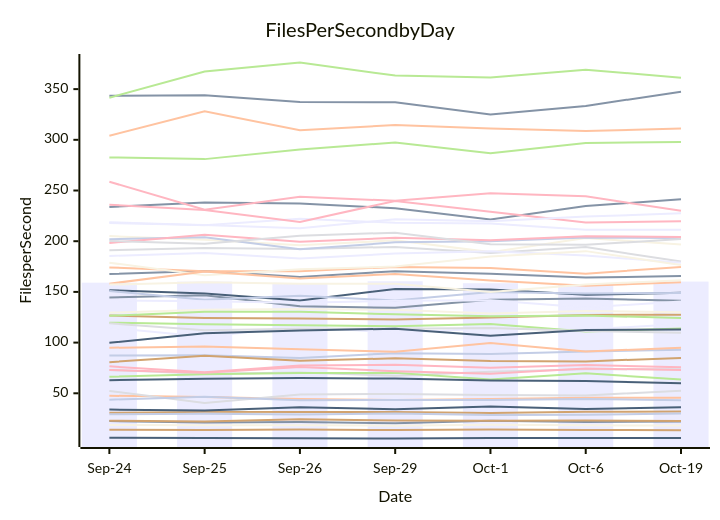
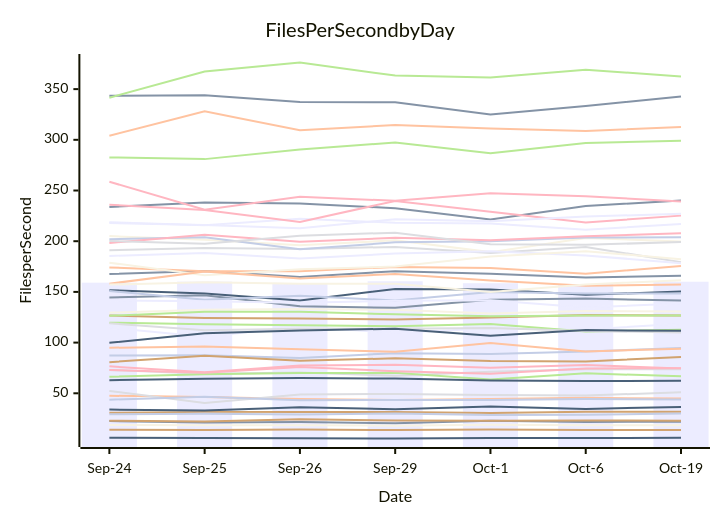
One commit to streetsidesoftware/cspell changed the diagram in perf-report.md. Above: the diagram before and after it, drawn with Mermaid. The commit also changed other lines of this file and 1 other file, not shown here.

````diff
--- a/perf-report.md
+++ b/perf-report.md
@@ -10,57 +10,57 @@
 ```mermaid
 xychart-beta
     title Files Per Second by Day
     y-axis Files per Second
     x-axis Date [Sep-24, Sep-25, Sep-26, Sep-29, Oct-1, Oct-6, Oct-19]
-    bar [159.12, 160.20, 158.85, 160.46, 158.54, 157.78, 160.18]
-    line [167.61, 170.71, 164.68, 170.44, 168.02, 164.09, 165.62]
-    line [47.56, 46.43, 44.28, 43.43, 44.41, 45.48, 45.71]
-    line [52.29, 40.48, 48.89, 49.28, 48.37, 47.88, 52.51]
-    line [282.67, 280.96, 290.36, 297.31, 286.74, 296.93, 297.73]
-    line [14.04, 13.83, 14.23, 13.74, 14.24, 13.86, 13.50]
-    line [43.68, 46.57, 43.13, 43.45, 43.36, 44.34, 43.18]
-    line [76.56, 70.74, 77.36, 78.18, 75.07, 77.78, 75.64]
-    line [6.07, 5.98, 5.68, 5.41, 5.92, 6.00, 5.98]
-    line [205.02, 201.39, 195.94, 200.94, 189.24, 203.08, 196.69]
-    line [114.76, 105.80, 115.76, 109.67, 113.99, 112.94, 118.40]
-    line [22.62, 21.27, 21.60, 20.47, 22.93, 21.69, 22.07]
-    line [174.18, 170.43, 170.45, 174.63, 173.65, 167.92, 174.65]
-    line [73.00, 69.32, 70.55, 67.39, 71.27, 73.77, 73.70]
-    line [66.34, 68.88, 70.01, 70.14, 63.55, 69.72, 63.63]
-    line [30.72, 31.67, 31.52, 31.59, 30.62, 31.79, 32.02]
-    line [87.21, 87.42, 84.85, 89.53, 88.83, 91.13, 92.96]
-    line [73.03, 70.23, 75.87, 71.80, 69.38, 74.54, 72.89]
-    line [62.91, 64.44, 65.18, 64.56, 62.65, 62.01, 60.01]
-    line [18.78, 18.52, 18.42, 18.07, 18.99, 18.38, 18.14]
-    line [218.68, 215.66, 222.06, 218.14, 217.51, 211.32, 211.34]
-    line [343.35, 343.97, 337.30, 337.13, 324.92, 333.43, 347.50]
-    line [304.00, 328.11, 309.34, 314.63, 311.05, 308.73, 311.09]
-    line [190.99, 193.37, 192.37, 194.39, 188.26, 194.31, 179.88]
-    line [119.64, 118.05, 116.99, 116.24, 118.39, 111.00, 113.90]
-    line [126.63, 124.32, 123.86, 122.76, 124.85, 127.28, 127.46]
-    line [202.02, 203.87, 192.01, 198.88, 199.85, 203.55, 203.08]
-    line [198.18, 206.47, 199.39, 203.39, 200.83, 204.79, 204.21]
-    line [33.90, 33.12, 36.15, 34.22, 37.04, 34.53, 36.32]
-    line [129.51, 132.51, 133.16, 132.31, 128.76, 131.24, 130.05]
-    line [185.48, 188.32, 183.01, 187.77, 190.16, 185.98, 178.65]
-    line [233.86, 238.09, 237.21, 232.50, 221.42, 234.66, 241.28]
-    line [94.92, 96.04, 93.49, 90.93, 99.59, 91.34, 94.82]
-    line [200.29, 197.49, 205.32, 208.45, 197.08, 196.39, 202.07]
-    line [126.43, 130.53, 130.33, 127.99, 125.90, 126.66, 124.28]
-    line [23.00, 22.21, 24.38, 23.05, 22.85, 23.16, 22.72]
-    line [29.23, 29.70, 28.98, 30.17, 28.67, 28.81, 30.15]
-    line [235.99, 230.67, 219.04, 239.66, 229.06, 218.48, 219.68]
-    line [151.64, 148.32, 141.41, 152.96, 152.29, 147.14, 149.14]
-    line [178.77, 166.50, 172.24, 175.00, 184.88, 190.21, 176.60]
-    line [217.97, 216.10, 212.71, 221.60, 219.58, 224.28, 227.49]
-    line [144.39, 146.81, 135.80, 134.31, 142.24, 143.38, 141.22]
-    line [158.06, 170.07, 163.11, 167.69, 161.21, 156.12, 159.54]
-    line [119.04, 112.27, 113.64, 113.59, 114.39, 111.42, 109.67]
-    line [341.57, 367.34, 376.26, 363.37, 361.56, 369.11, 361.25]
-    line [80.71, 87.03, 82.08, 84.54, 81.78, 81.41, 84.92]
-    line [151.00, 142.17, 146.26, 141.54, 150.02, 148.37, 148.83]
-    line [258.60, 231.14, 243.74, 239.90, 247.38, 244.34, 229.98]
-    line [99.84, 109.30, 111.81, 113.74, 106.75, 112.35, 112.96]
-    line [157.19, 159.48, 158.08, 158.04, 149.87, 157.33, 161.56]
-    line [141.65, 140.89, 139.38, 141.22, 141.74, 134.66, 140.55]
+    bar [159.12, 160.20, 158.85, 160.46, 158.54, 157.78, 160.04]
+    line [167.61, 170.71, 164.68, 170.44, 168.02, 164.09, 166.02]
+    line [47.56, 46.43, 44.28, 43.43, 44.41, 45.48, 44.85]
+    line [52.29, 40.48, 48.89, 49.28, 48.37, 47.88, 50.93]
+    line [282.67, 280.96, 290.36, 297.31, 286.74, 296.93, 299.10]
+    line [14.04, 13.83, 14.23, 13.74, 14.24, 13.86, 13.78]
+    line [43.68, 46.57, 43.13, 43.45, 43.36, 44.34, 43.95]
+    line [76.56, 70.74, 77.36, 78.18, 75.07, 77.78, 74.57]
+    line [6.07, 5.98, 5.68, 5.41, 5.92, 6.00, 6.05]
+    line [205.02, 201.39, 195.94, 200.94, 189.24, 203.08, 199.81]
+    line [114.76, 105.80, 115.76, 109.67, 113.99, 112.94, 118.48]
+    line [22.62, 21.27, 21.60, 20.47, 22.93, 21.69, 22.05]
+    line [174.18, 170.43, 170.45, 174.63, 173.65, 167.92, 175.54]
+    line [73.00, 69.32, 70.55, 67.39, 71.27, 73.77, 73.65]
+    line [66.34, 68.88, 70.01, 70.14, 63.55, 69.72, 66.70]
+    line [30.72, 31.67, 31.52, 31.59, 30.62, 31.79, 31.82]
+    line [87.21, 87.42, 84.85, 89.53, 88.83, 91.13, 94.59]
+    line [73.03, 70.23, 75.87, 71.80, 69.38, 74.54, 74.63]
+    line [62.91, 64.44, 65.18, 64.56, 62.65, 62.01, 62.25]
+    line [18.78, 18.52, 18.42, 18.07, 18.99, 18.38, 18.41]
+    line [218.68, 215.66, 222.06, 218.14, 217.51, 211.32, 217.02]
+    line [343.35, 343.97, 337.30, 337.13, 324.92, 333.43, 342.76]
+    line [304.00, 328.11, 309.34, 314.63, 311.05, 308.73, 312.61]
+    line [190.99, 193.37, 192.37, 194.39, 188.26, 194.31, 179.38]
+    line [119.64, 118.05, 116.99, 116.24, 118.39, 111.00, 112.67]
+    line [126.63, 124.32, 123.86, 122.76, 124.85, 127.28, 126.74]
+    line [202.02, 203.87, 192.01, 198.88, 199.85, 203.55, 203.91]
+    line [198.18, 206.47, 199.39, 203.39, 200.83, 204.79, 207.81]
+    line [33.90, 33.12, 36.15, 34.22, 37.04, 34.53, 36.60]
+    line [129.51, 132.51, 133.16, 132.31, 128.76, 131.24, 130.75]
+    line [185.48, 188.32, 183.01, 187.77, 190.16, 185.98, 178.31]
+    line [233.86, 238.09, 237.21, 232.50, 221.42, 234.66, 240.21]
+    line [94.92, 96.04, 93.49, 90.93, 99.59, 91.34, 93.82]
+    line [200.29, 197.49, 205.32, 208.45, 197.08, 196.39, 199.29]
+    line [126.43, 130.53, 130.33, 127.99, 125.90, 126.66, 126.82]
+    line [23.00, 22.21, 24.38, 23.05, 22.85, 23.16, 22.93]
+    line [29.23, 29.70, 28.98, 30.17, 28.67, 28.81, 30.09]
+    line [235.99, 230.67, 219.04, 239.66, 229.06, 218.48, 225.23]
+    line [151.64, 148.32, 141.41, 152.96, 152.29, 147.14, 150.44]
+    line [178.77, 166.50, 172.24, 175.00, 184.88, 190.21, 182.25]
+    line [217.97, 216.10, 212.71, 221.60, 219.58, 224.28, 227.05]
+    line [144.39, 146.81, 135.80, 134.31, 142.24, 143.38, 141.40]
+    line [158.06, 170.07, 163.11, 167.69, 161.21, 156.12, 157.22]
+    line [119.04, 112.27, 113.64, 113.59, 114.39, 111.42, 110.03]
+    line [341.57, 367.34, 376.26, 363.37, 361.56, 369.11, 362.54]
+    line [80.71, 87.03, 82.08, 84.54, 81.78, 81.41, 85.90]
+    line [151.00, 142.17, 146.26, 141.54, 150.02, 148.37, 148.32]
+    line [258.60, 231.14, 243.74, 239.90, 247.38, 244.34, 239.13]
+    line [99.84, 109.30, 111.81, 113.74, 106.75, 112.35, 111.57]
+    line [157.19, 159.48, 158.08, 158.04, 149.87, 157.33, 161.53]
+    line [141.65, 140.89, 139.38, 141.22, 141.74, 134.66, 138.47]
 ```
````
